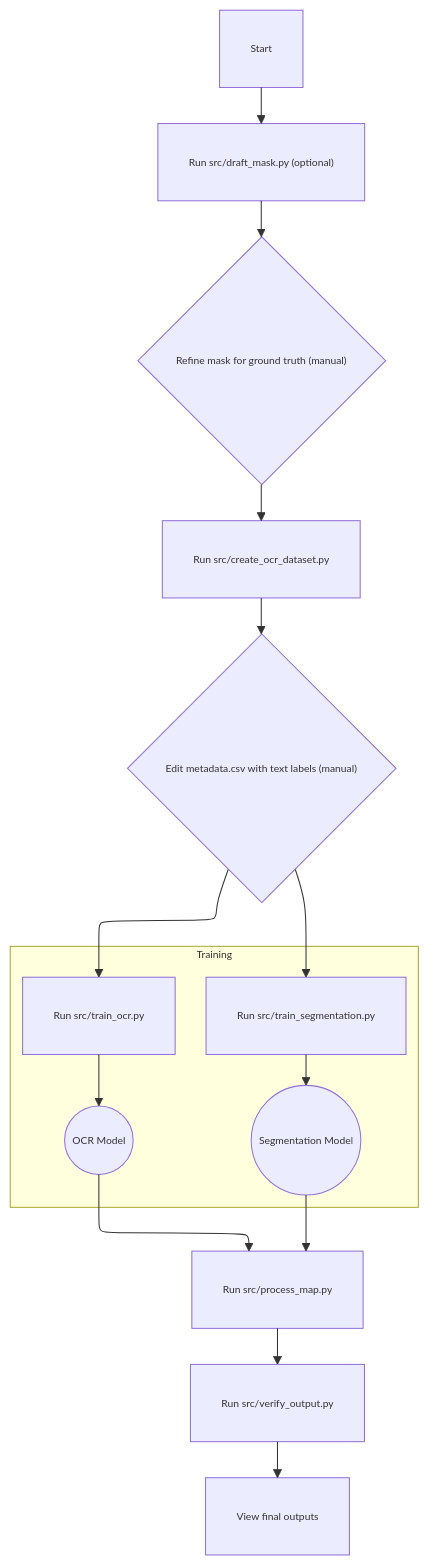
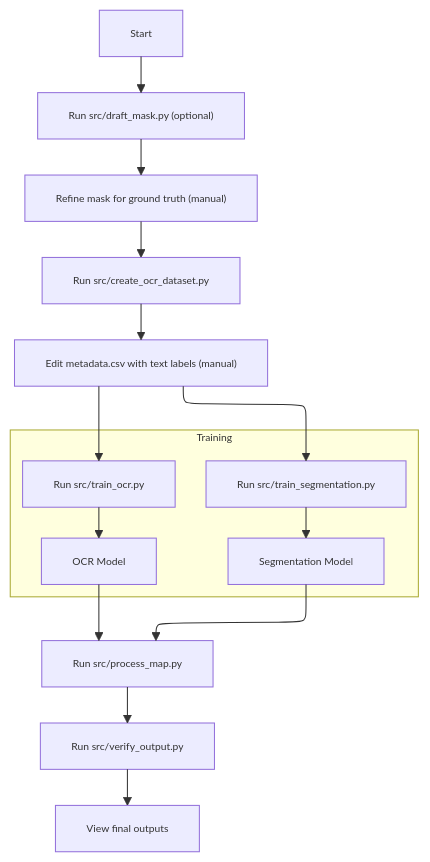
The diagram in README.md (owhonda-moses/map-digitization), drawn with Mermaid before and after one commit.

````diff
--- a/README.md
+++ b/README.md
@@ -40,18 +40,18 @@
 ```mermaid
-%%{init: {"themeVariables": {"fontSize": "10px", "fontFamily": "Arial", "padding": 4}, "flowchart": {"defaultRenderer": "elk"}} }%%
+%%{init: {"themeVariables": {"fontSize": "10px", "fontFamily": "Arial", "padding": 2}, "flowchart": {"defaultRenderer": "elk"}} }%%
 flowchart TD
-    classDef compactStyle font-size:10px,padding:4px;
-    A["Start"]:::compactStyle --> B["Run src/draft_mask.py (optional)"]:::compactStyle
-    B --> C{"Refine mask for ground truth (manual)"}:::compactStyle
-    C --> D["Run src/create_ocr_dataset.py"]:::compactStyle
-    D --> E{"Edit metadata.csv with text labels (manual)"}:::compactStyle
-    E --> F["Run src/train_segmentation.py"]:::compactStyle
-    E --> G["Run src/train_ocr.py"]:::compactStyle
+    A@{ shape: rect, label: "Start" } --> 
+    B@{ shape: rect, label: "Run src/draft_mask.py (optional)" } -->
+    C@{ shape: rect, label: "Refine mask for ground truth (manual)" } -->
+    D@{ shape: rect, label: "Run src/create_ocr_dataset.py" } -->
+    E@{ shape: rect, label: "Edit metadata.csv with text labels (manual)" }
+    E --> F@{ shape: rect, label: "Run src/train_segmentation.py" }
+    E --> G@{ shape: rect, label: "Run src/train_ocr.py" }
     subgraph Training
-        F --> H((Segmentation Model)):::compactStyle
-        G --> I((OCR Model)):::compactStyle
+        F --> H@{ shape: rect, label: "Segmentation Model" }
+        G --> I@{ shape: rect, label: "OCR Model" }
     end
-    H & I --> J["Run src/process_map.py"]:::compactStyle
-    J --> K["Run src/verify_output.py"]:::compactStyle
-    K --> L["View final outputs"]:::compactStyle
+    H & I --> J@{ shape: rect, label: "Run src/process_map.py" }
+    J --> K@{ shape: rect, label: "Run src/verify_output.py" }
+    K --> L@{ shape: rect, label: "View final outputs" }
 ```
````
